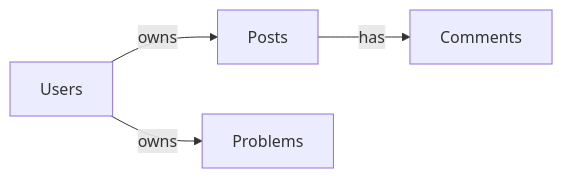
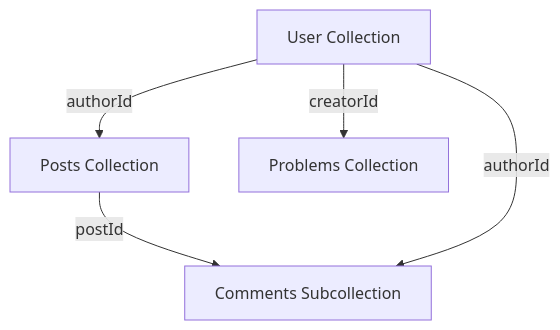
Before and after one commit to SadmanHafizShuvo21/ProblemSolversHub: the second of 2 diagrams in report.md, drawn with Mermaid. The commit also changed other lines of this file and 16 other files, not shown here.

````diff
--- a/report.md
+++ b/report.md
@@ -177,6 +199,12 @@
 ```mermaid
-graph LR
-  Users -->|owns| Posts
-  Users -->|owns| Problems
-  Posts -->|has| Comments
+flowchart TD
+  User[User Collection]
+  Post[Posts Collection]
+  Problem[Problems Collection]
+  Comment[Comments Subcollection]
+
+  User -->|authorId| Post
+  User -->|creatorId| Problem
+  Post -->|postId| Comment
+  User -->|authorId| Comment
 ```
````
